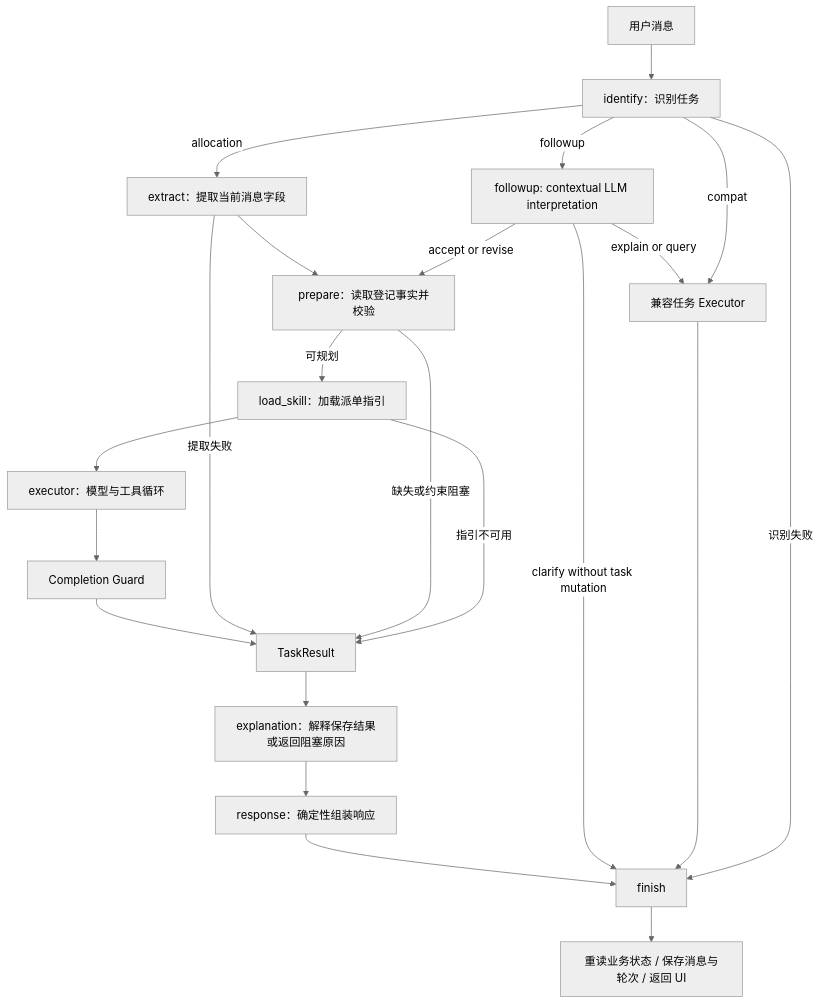
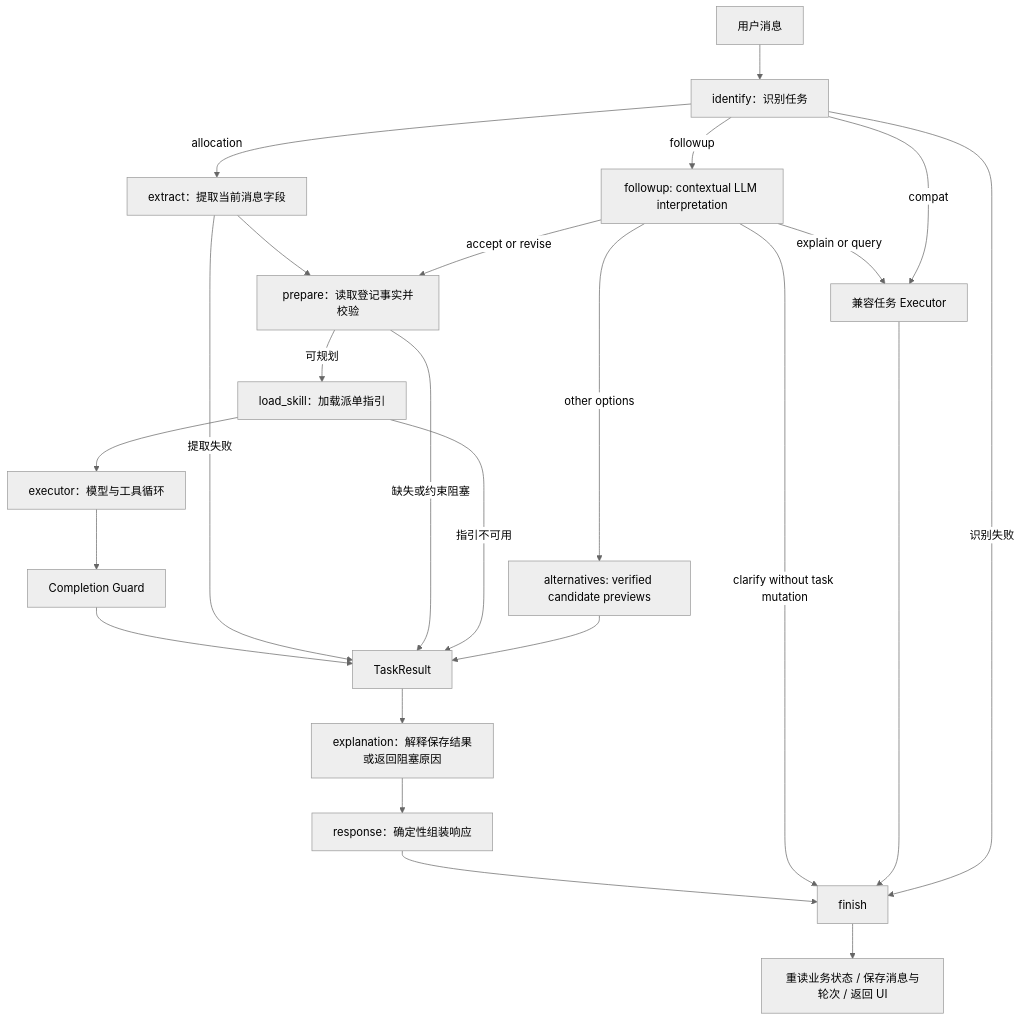
One commit to zh72640/dss5105_project changed the second of 3 diagrams in docs/current_architecture.md. Above: the diagram before and after it, drawn with Mermaid (neutral theme). The commit also changed other lines of this file and 50 other files, not shown here.

````diff
--- a/docs/current_architecture.md
+++ b/docs/current_architecture.md
@@ -100,24 +100,26 @@
 ```mermaid
 flowchart TD
     START[用户消息] --> I[identify：识别任务]
     I -->|allocation| E[extract：提取当前消息字段]
     E --> P[prepare：读取登记事实并校验]
     P -->|可规划| S[load_skill：加载派单指引]
     S --> X[executor：模型与工具循环]
     X --> G[Completion Guard]
     G --> R[TaskResult]
     E -->|提取失败| R
     P -->|缺失或约束阻塞| R
     S -->|指引不可用| R
     R --> EX[explanation：解释保存结果或返回阻塞原因]
     EX --> A[response：确定性组装响应]
     A --> F[finish]
     I -->|followup| FU[followup: contextual LLM interpretation]
     FU -->|accept or revise| P
     FU -->|explain or query| C
     FU -->|clarify without task mutation| F
+    FU -->|other options| OP[alternatives: verified candidate previews]
+    OP --> R
     I -->|compat| C[兼容任务 Executor]
     C --> F
     I -->|识别失败| F
     F --> SAVE[重读业务状态 / 保存消息与轮次 / 返回 UI]
 ```
````
